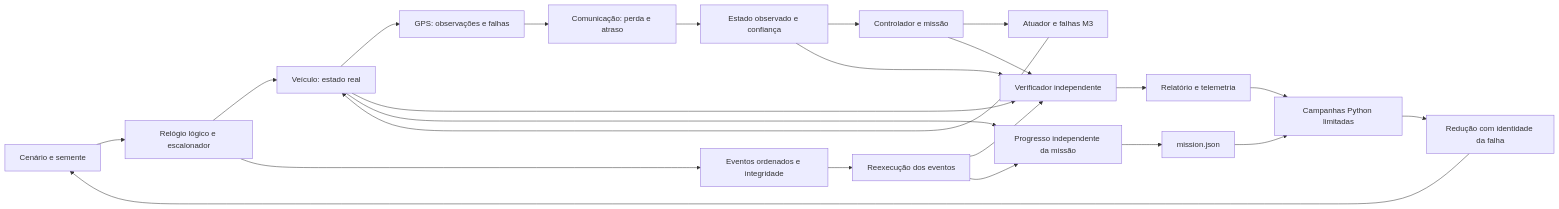
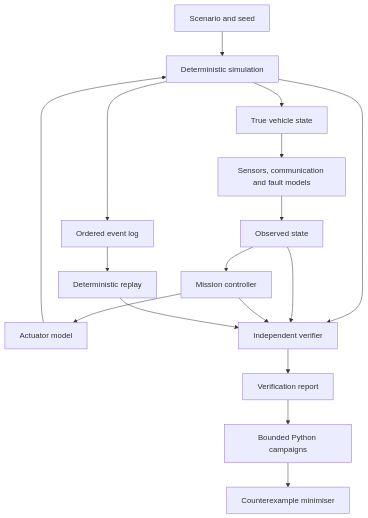
One commit to DoArtMonteiro/autonomous-systems-vv-lab changed the diagram in README.md. Above: the diagram before and after it, drawn with Mermaid. The commit also changed other lines of this file, not shown here.

Commit message:
docs: clarify simulation evidence and milestone status

````diff
--- a/README.md
+++ b/README.md
@@ -53,25 +28,19 @@
 ```mermaid
-flowchart LR
-    Config[Cenário e semente] --> Sim[Relógio lógico e escalonador]
-    Sim --> Truth[Veículo: estado real]
-    Truth --> GPS[GPS: observações e falhas]
-    GPS --> Comm[Comunicação: perda e atraso]
-    Comm --> Sensor[Estado observado e confiança]
-    Sensor --> Mission[Controlador e missão]
-    Mission --> Actuator[Atuador e falhas M3]
-    Actuator --> Truth
-    Truth --> Verify[Verificador independente]
-    Sensor --> Verify
-    Mission --> Verify
-    Sim --> Events[Eventos ordenados e integridade]
-    Verify --> Report[Relatório e telemetria]
-    Truth --> Progress[Progresso independente da missão]
-    Progress --> MissionReport[mission.json]
-    Events --> Replay[Reexecução dos eventos]
-    Replay --> Verify
-    Replay --> Progress
-    Report --> Campaign[Campanhas Python limitadas]
-    MissionReport --> Campaign
-    Campaign --> Reduce[Redução com identidade da falha]
-    Reduce --> Config
+flowchart TB
+    A[Scenario and seed] --> B[Deterministic simulation]
+    B --> C[True vehicle state]
+    C --> D[Sensors, communication and fault models]
+    D --> E[Observed state]
+    E --> F[Mission controller]
+    F --> G[Actuator model]
+    G --> B
+    B --> H[Independent verifier]
+    E --> H
+    F --> H
+    B --> I[Ordered event log]
+    H --> J[Verification report]
+    I --> K[Deterministic replay]
+    K --> H
+    J --> L[Bounded Python campaigns]
+    L --> M[Counterexample minimiser]
 ```
````
